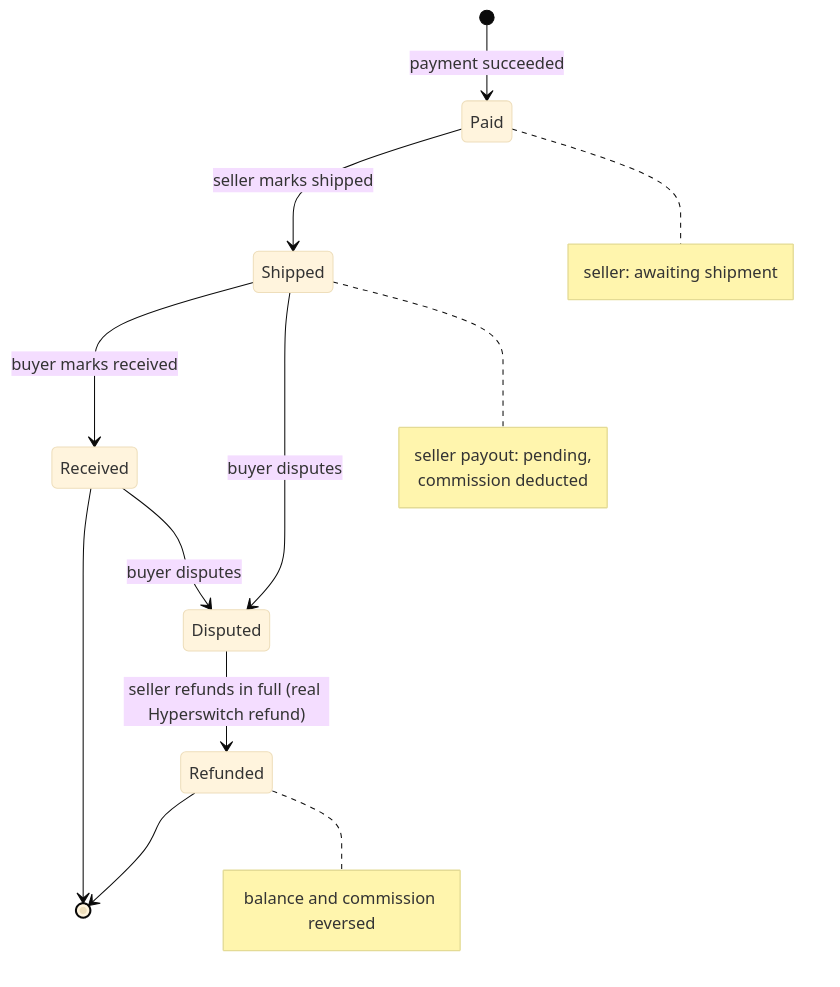
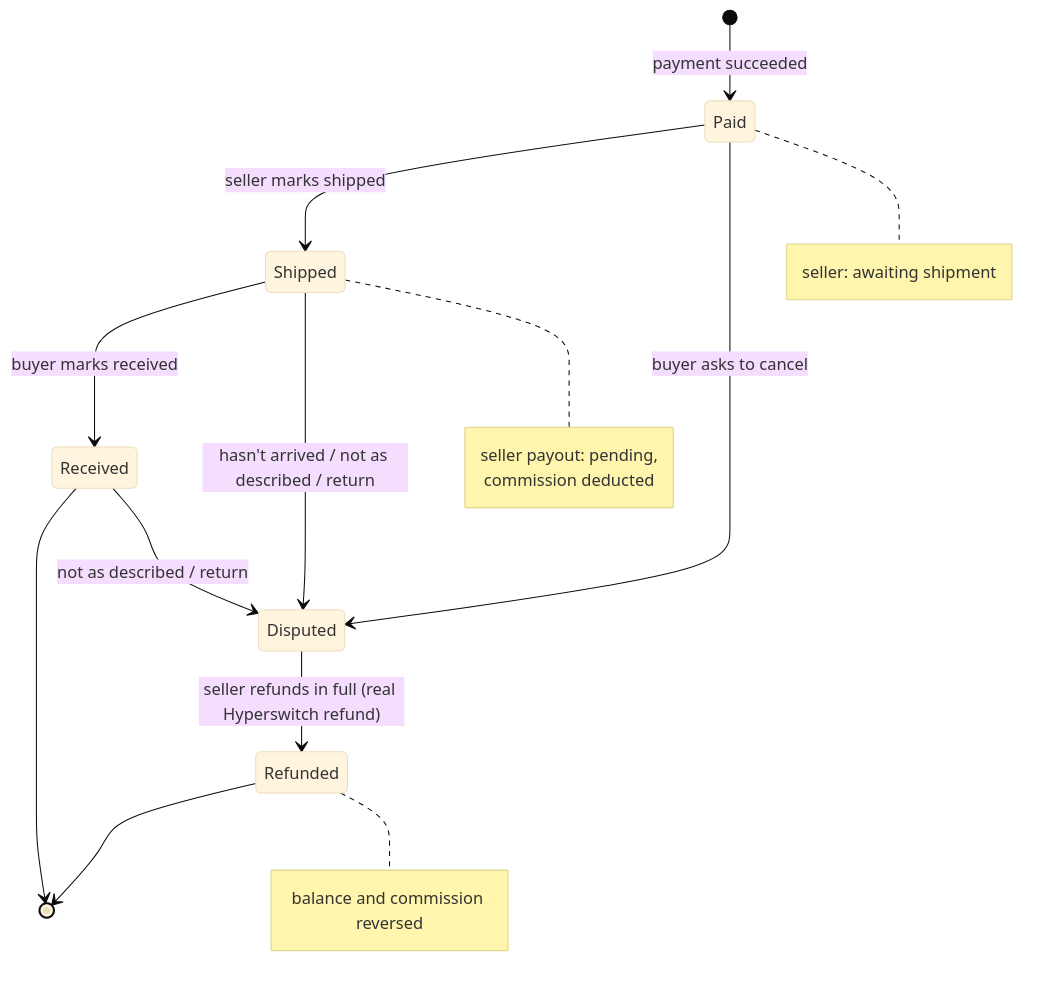
One commit to jamespotash0/juspay-prototype changed the fourth of 4 diagrams in README.md. Above: the diagram before and after it, drawn with Mermaid (base theme). The commit also changed other lines of this file and 1 other file, not shown here.

````diff
--- a/README.md
+++ b/README.md
@@ -216,22 +219,23 @@
 ```mermaid
 stateDiagram-v2
   [*] --> Paid: payment succeeded
   Paid --> Shipped: seller marks shipped
   Shipped --> Received: buyer marks received
   Received --> [*]
-  Shipped --> Disputed: buyer disputes
-  Received --> Disputed: buyer disputes
+  Paid --> Disputed: buyer asks to cancel
+  Shipped --> Disputed: hasn't arrived / not as described / return
+  Received --> Disputed: not as described / return
   Disputed --> Refunded: seller refunds in full (real Hyperswitch refund)
   Refunded --> [*]
 
   note right of Paid
     seller: awaiting shipment
   end note
   note right of Shipped
     seller payout: pending,
     commission deducted
   end note
   note right of Refunded
     balance and commission reversed
   end note
 ```
````
